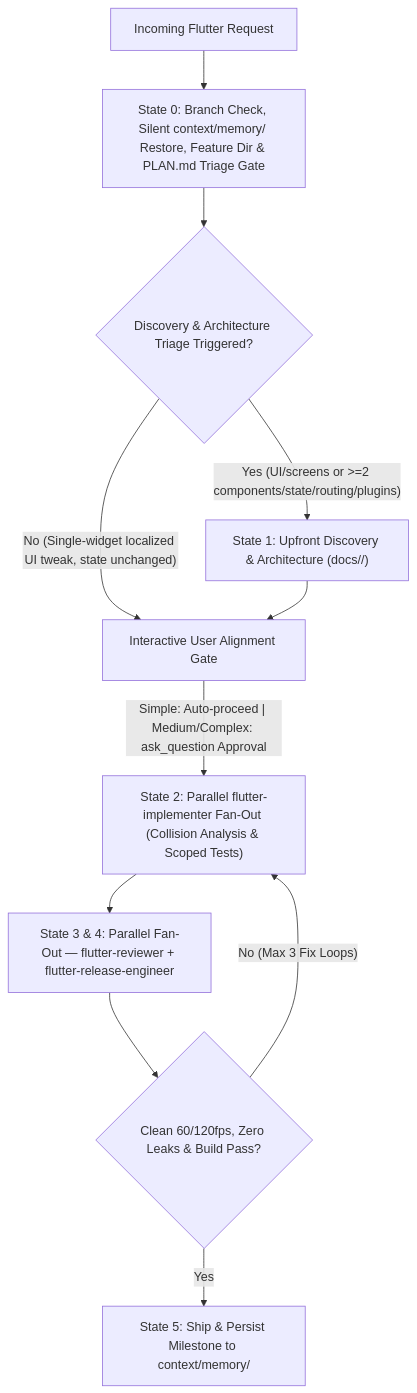
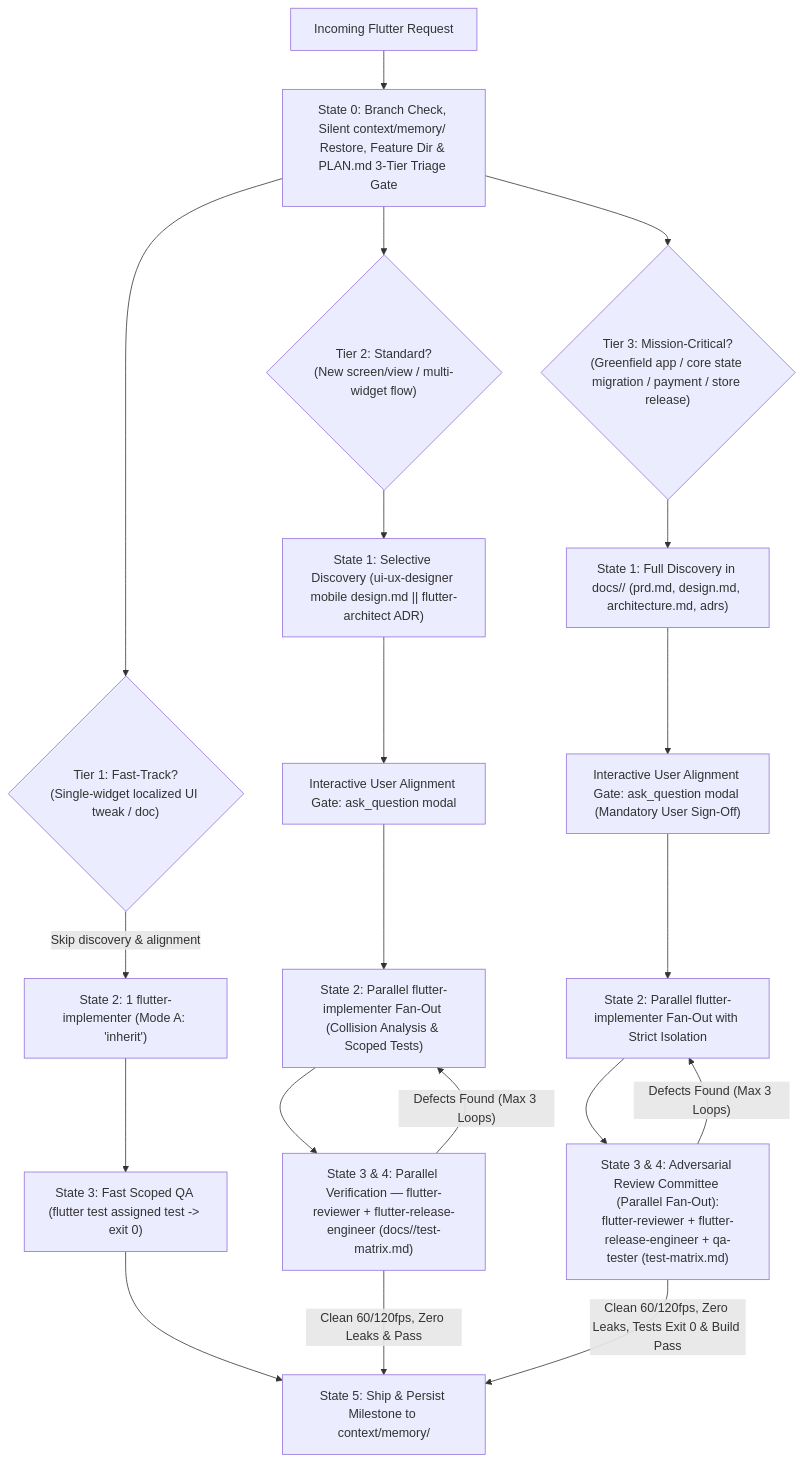
One commit to jggomez/expert-ai-developer-skills changed the diagram in plugins/claude/senior-dev-flutter/skills/flutter-senior-orchestration/SKILL.md. Above: the diagram before and after it, drawn with Mermaid. The commit also changed other lines of this file and 56 other files, not shown here.

Commit message:
feat: add 3-tier dynamic sdlc, qa test matrix, and adversarial verification committee

````diff
--- a/plugins/claude/senior-dev-flutter/skills/flutter-senior-orchestration/SKILL.md
+++ b/plugins/claude/senior-dev-flutter/skills/flutter-senior-orchestration/SKILL.md
@@ -25,13 +35,25 @@
 ```mermaid
 flowchart TD
-    A["Incoming Flutter Request"] --> B["State 0: Branch Check, Silent context/memory/ Restore, Feature Dir & PLAN.md Triage Gate"]
-    B --> C{"Discovery & Architecture Triage Triggered?"}
-    C -->|"Yes (UI/screens or >=2 components/state/routing/plugins)"| D["State 1: Upfront Discovery & Architecture (docs/<feature-name>/)"]
-    C -->|"No (Single-widget localized UI tweak, state unchanged)"| E_GATE["Interactive User Alignment Gate"]
-    D --> E_GATE
-    E_GATE -->|"Simple: Auto-proceed | Medium/Complex: ask_question Approval"| E["State 2: Parallel flutter-implementer Fan-Out (Collision Analysis & Scoped Tests)"]
-    E --> F["State 3 & 4: Parallel Fan-Out — flutter-reviewer + flutter-release-engineer"]
-    F --> G{"Clean 60/120fps, Zero Leaks & Build Pass?"}
-    G -->|"No (Max 3 Fix Loops)"| E
-    G -->|"Yes"| H["State 5: Ship & Persist Milestone to context/memory/"]
+    A["Incoming Flutter Request"] --> B["State 0: Branch Check, Silent context/memory/ Restore, Feature Dir & PLAN.md 3-Tier Triage Gate"]
+    B --> T1{"Tier 1: Fast-Track?<br/>(Single-widget localized UI tweak / doc)"}
+    B --> T2{"Tier 2: Standard?<br/>(New screen/view / multi-widget flow)"}
+    B --> T3{"Tier 3: Mission-Critical?<br/>(Greenfield app / core state migration / payment / store release)"}
+    
+    T1 -->|"Skip discovery & alignment"| E1["State 2: 1 flutter-implementer (Mode A: 'inherit')"]
+    E1 --> V1["State 3: Fast Scoped QA (flutter test assigned test -> exit 0)"]
+    V1 --> H["State 5: Ship & Persist Milestone to context/memory/"]
+    
+    T2 --> D2["State 1: Selective Discovery (ui-ux-designer mobile design.md || flutter-architect ADR)"]
+    D2 --> G2["Interactive User Alignment Gate: ask_question modal"]
+    G2 --> E2["State 2: Parallel flutter-implementer Fan-Out (Collision Analysis & Scoped Tests)"]
+    E2 --> V2["State 3 & 4: Parallel Verification — flutter-reviewer + flutter-release-engineer (docs/<feature-name>/test-matrix.md)"]
+    V2 -->|"Clean 60/120fps, Zero Leaks & Pass"| H
+    V2 -->|"Defects Found (Max 3 Loops)"| E2
+    
+    T3 --> D3["State 1: Full Discovery in docs/<feature-name>/ (prd.md, design.md, architecture.md, adrs)"]
+    D3 --> G3["Interactive User Alignment Gate: ask_question modal (Mandatory User Sign-Off)"]
+    G3 --> E3["State 2: Parallel flutter-implementer Fan-Out with Strict Isolation"]
+    E3 --> V3["State 3 & 4: Adversarial Review Committee (Parallel Fan-Out):<br/>flutter-reviewer + flutter-release-engineer + qa-tester (test-matrix.md)"]
+    V3 -->|"Clean 60/120fps, Zero Leaks, Tests Exit 0 & Build Pass"| H
+    V3 -->|"Defects Found (Max 3 Loops)"| E3
 ```
````
